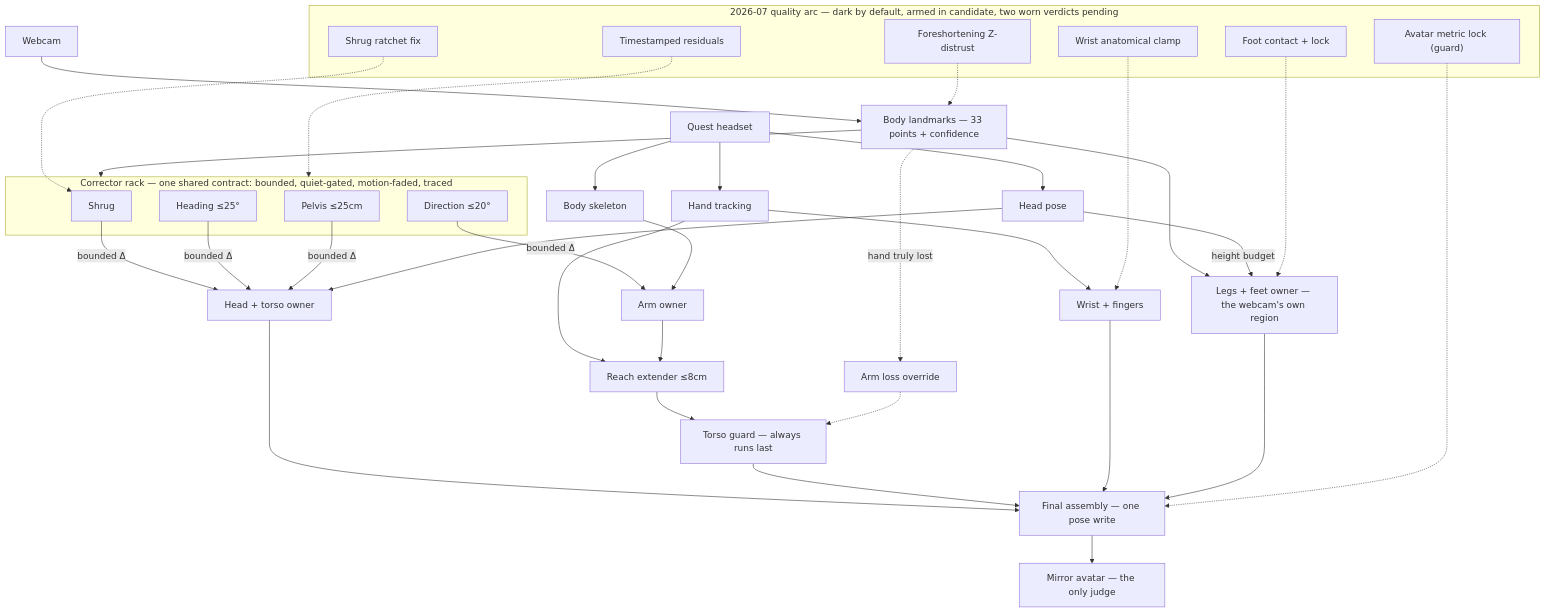
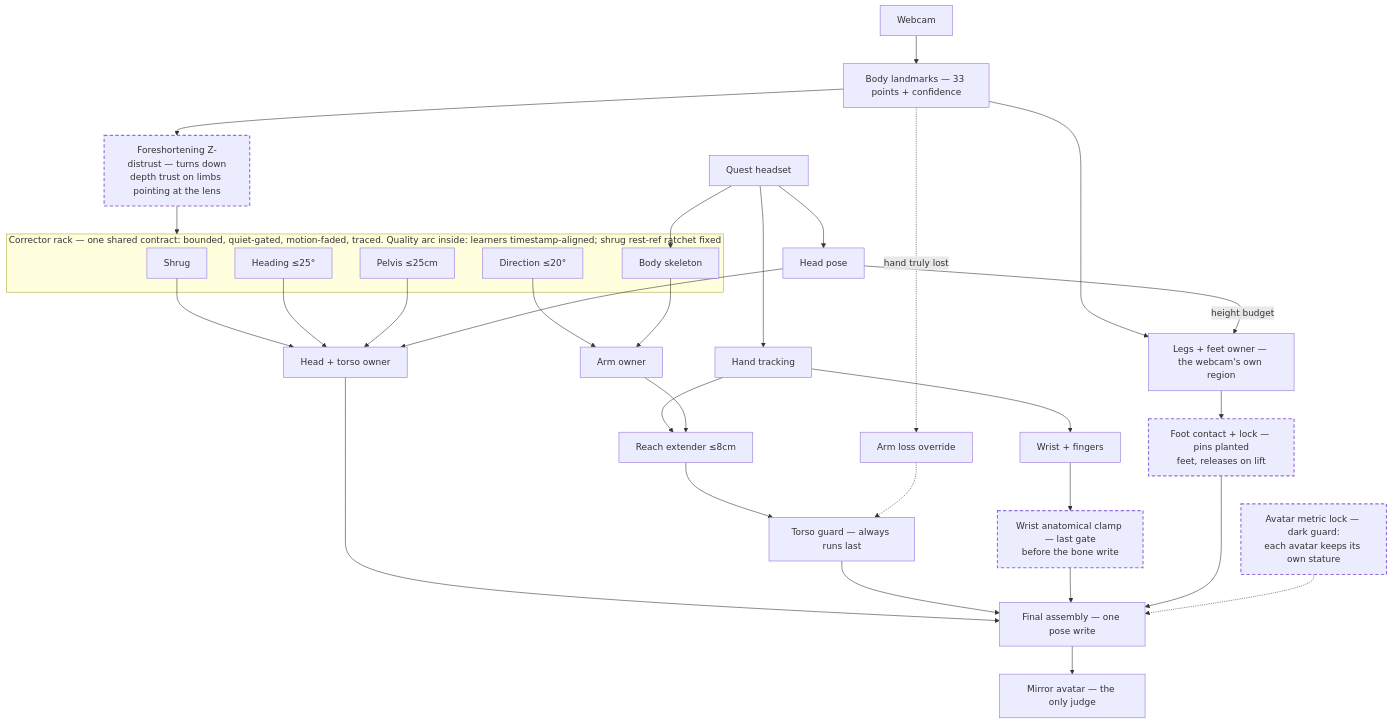
The diagram in README.md (adfras/MPQ_fusion), drawn with Mermaid before and after one commit. The commit also changed other lines of this file, not shown here.

Commit message:
README: integrate quality arc into the Mermaid pipeline
The separate quality-arc subgraph let the auto-layout hoist it to the top
with dashed edges crossing the whole chart. Redrawn: each feature sits at
its true pipeline stage (Z-distrust before the rack, wrist clamp before the
bone write, foot lock before assembly, metric lock dashed at assembly);
timestamp alignment and the shrug ratchet fix are named in the rack label
since they change how existing boxes learn. Dashed borders mark candidate
features; full CVar list follows the chart.

````diff
--- a/README.md
+++ b/README.md
@@ -53,50 +52,48 @@
 ```mermaid
 flowchart TB
     W["Webcam"] --> L["Body landmarks — 33 points + confidence"]
     Q["Quest headset"] --> H["Head pose"]
     Q --> HT["Hand tracking"]
     Q --> SK["Body skeleton"]
 
-    subgraph RACK["Corrector rack — one shared contract: bounded, quiet-gated, motion-faded, traced"]
+    L --> ZD["Foreshortening Z-distrust — turns down<br/>depth trust on limbs pointing at the lens"]
+    ZD --> RACK
+
+    subgraph RACK["Corrector rack — one shared contract: bounded, quiet-gated, motion-faded, traced. Quality arc inside: learners timestamp-aligned; shrug rest-ref ratchet fixed"]
         SH["Shrug"]
         HD["Heading ≤25°"]
         PV["Pelvis ≤25cm"]
         DIR["Direction ≤20°"]
     end
 
-    L --> RACK
-    SH -->|"bounded Δ"| TO["Head + torso owner"]
-    HD -->|"bounded Δ"| TO
-    PV -->|"bounded Δ"| TO
-    DIR -->|"bounded Δ"| AR["Arm owner"]
+    SH --> TO["Head + torso owner"]
+    HD --> TO
+    PV --> TO
+    DIR --> AR["Arm owner"]
     H --> TO
     SK --> AR
+
     HT --> WR["Wrist + fingers"]
     HT --> RX["Reach extender ≤8cm"]
     AR --> RX
     RX --> G["Torso guard — always runs last"]
+
     L --> LEG["Legs + feet owner — the webcam's own region"]
     H -->|"height budget"| LEG
+    LEG --> FL["Foot contact + lock — pins planted<br/>feet, releases on lift"]
+
     L -.->|"hand truly lost"| OV["Arm loss override"]
     OV -.-> G
+
+    WR --> WC["Wrist anatomical clamp — last gate<br/>before the bone write"]
+
     TO --> FA["Final assembly — one pose write"]
     G --> FA
-    WR --> FA
-    LEG --> FA
+    WC --> FA
+    FL --> FA
+    ML["Avatar metric lock — dark guard:<br/>each avatar keeps its own stature"] -.-> FA
     FA --> M["Mirror avatar — the only judge"]
 
-    subgraph QA["2026-07 quality arc — dark by default, armed in candidate, two worn verdicts pending"]
-        TS["Timestamped residuals"]
-        ZD["Foreshortening Z-distrust"]
-        WC["Wrist anatomical clamp"]
-        FL["Foot contact + lock"]
-        ML["Avatar metric lock (guard)"]
-        SF["Shrug ratchet fix"]
-    end
-    TS -.-> RACK
-    ZD -.-> L
-    WC -.-> WR
-    FL -.-> LEG
-    ML -.-> FA
-    SF -.-> SH
+    classDef qa stroke-dasharray:6 4,stroke-width:2px;
+    class ZD,WC,FL,ML qa;
 ```
````
